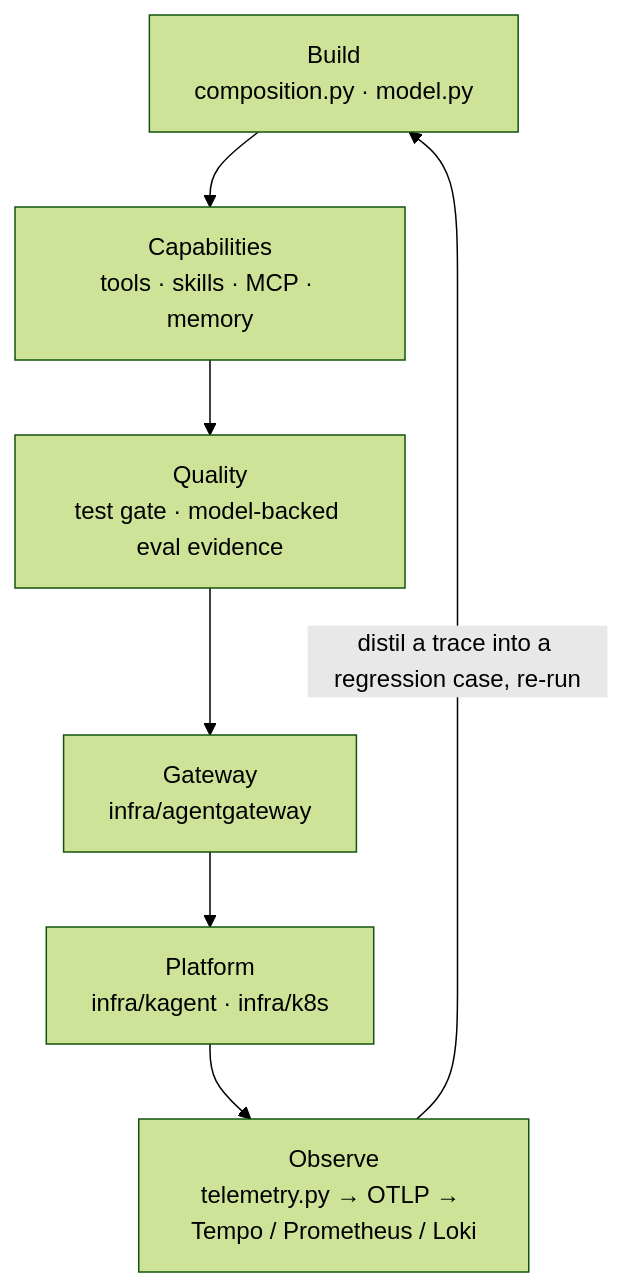
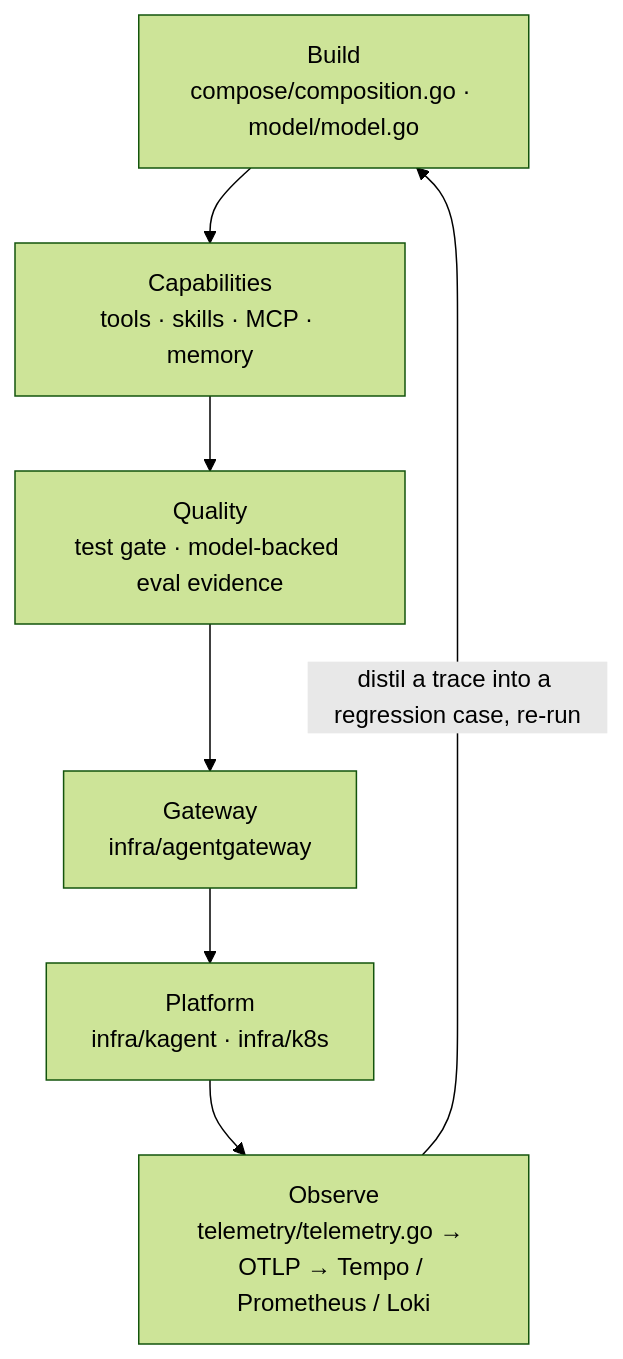
One commit to LuiGGi629/agentops-open-course changed the second of 2 diagrams in content/0. Overview/0.2. AgentOps.md. Above: the diagram before and after it, drawn with Mermaid (forest theme). The commit also changed other lines of this file and 87 other files, not shown here.

````diff
--- a/content/0. Overview/0.2. AgentOps.md
+++ b/content/0. Overview/0.2. AgentOps.md
@@ -60,11 +60,11 @@
 ```mermaid
 flowchart TD
-    Build["Build<br/>composition.py · model.py"]
+    Build["Build<br/>compose/composition.go · model/model.go"]
     Capabilities["Capabilities<br/>tools · skills · MCP · memory"]
     Quality["Quality<br/>test gate · model-backed eval evidence"]
     Gateway["Gateway<br/>infra/agentgateway"]
     Platform["Platform<br/>infra/kagent · infra/k8s"]
-    Observe["Observe<br/>telemetry.py → OTLP → Tempo / Prometheus / Loki"]
+    Observe["Observe<br/>telemetry/telemetry.go → OTLP → Tempo / Prometheus / Loki"]
     Build --> Capabilities --> Quality --> Gateway --> Platform --> Observe
     Observe -->|distil a trace into a regression case, re-run| Build
 ```
````
